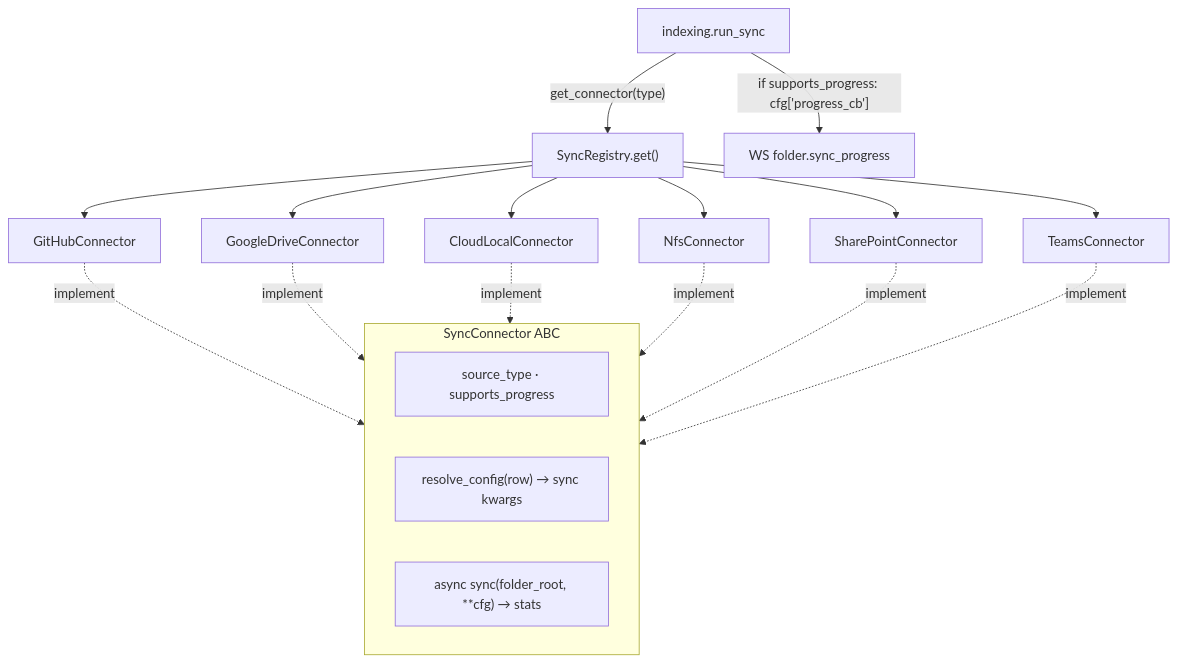
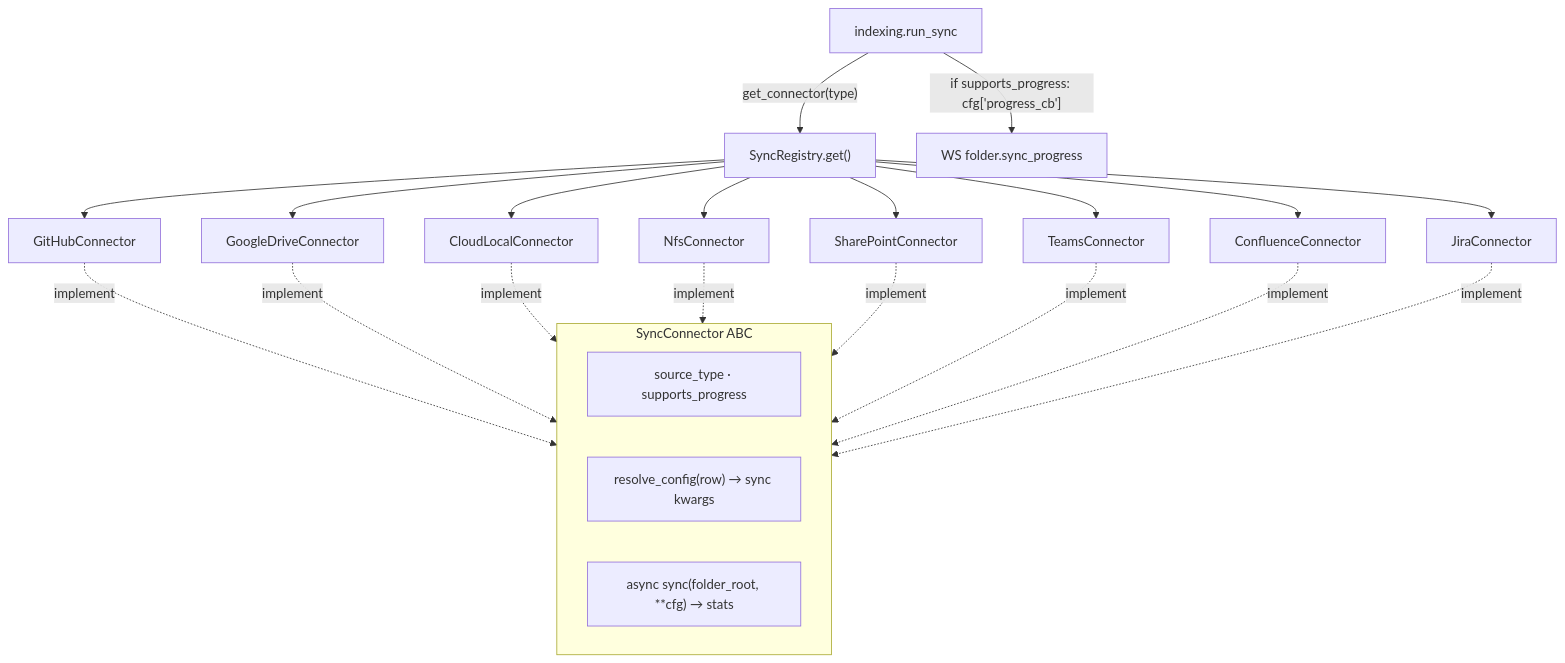
Diagram 18 of 21 in docs/OPERATIONS.md (voitta-ai/voitta-rag-enterprise), drawn with Mermaid before and after one commit. The commit also changed other lines of this file and 12 other files, not shown here.

````diff
--- a/docs/OPERATIONS.md
+++ b/docs/OPERATIONS.md
@@ -1096,12 +1155,12 @@
 ```mermaid
 flowchart TB
     RS["indexing.run_sync"] -->|"get_connector(type)"| REG["SyncRegistry.get()"]
-    REG --> C1["GitHubConnector"] & C2["GoogleDriveConnector"] & C2L["CloudLocalConnector"] & C3["NfsConnector"] & C4["SharePointConnector"] & C5["TeamsConnector"]
+    REG --> C1["GitHubConnector"] & C2["GoogleDriveConnector"] & C2L["CloudLocalConnector"] & C3["NfsConnector"] & C4["SharePointConnector"] & C5["TeamsConnector"] & C6["ConfluenceConnector"] & C7["JiraConnector"]
     subgraph contract["SyncConnector ABC"]
         M1["source_type · supports_progress"]
         M2["resolve_config(row) → sync kwargs"]
         M3["async sync(folder_root, **cfg) → stats"]
     end
-    C1 & C2 & C2L & C3 & C4 & C5 -.implement.-> contract
+    C1 & C2 & C2L & C3 & C4 & C5 & C6 & C7 -.implement.-> contract
     RS -->|"if supports_progress: cfg['progress_cb']"| PROG["WS folder.sync_progress"]
 ```
````
